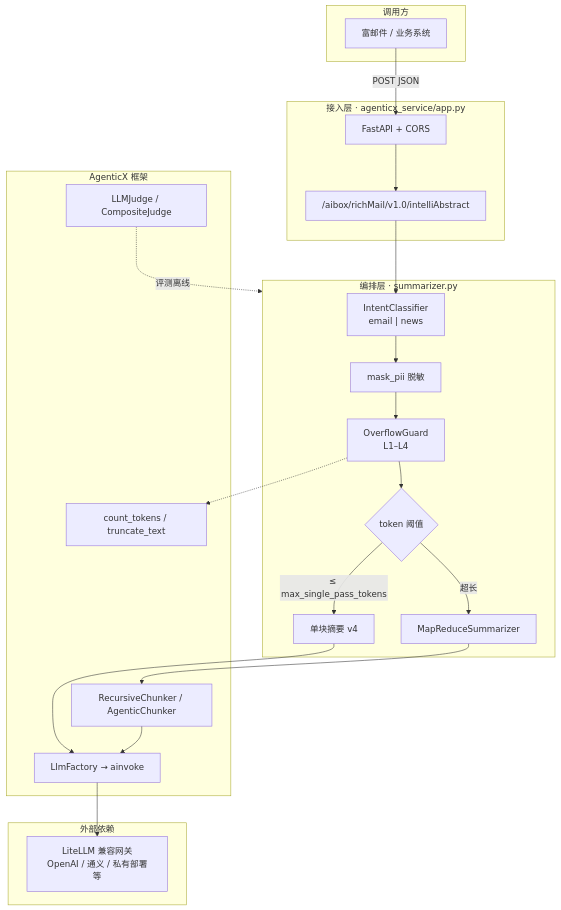
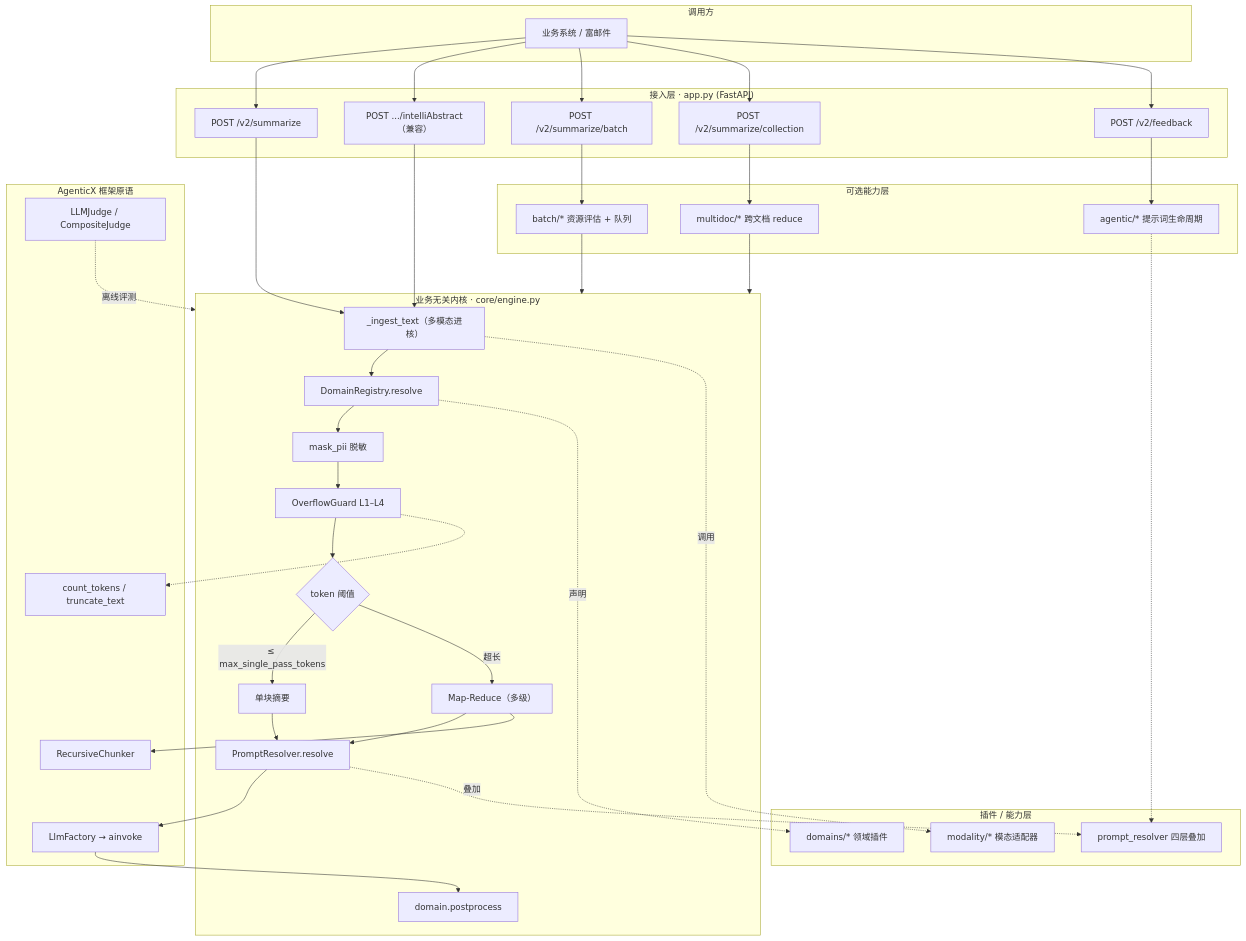
Before and after one commit to DemonDamon/AgenticX-LongTextSummarizer: the first of 7 diagrams in README.md, drawn with Mermaid. The commit also changed other lines of this file and 6 other files, not shown here.

````diff
--- a/README.md
+++ b/README.md
@@ -49,41 +49,64 @@
 ```mermaid
 flowchart TB
     subgraph Client["调用方"]
-        APP["富邮件 / 业务系统"]
+        APP["业务系统 / 富邮件"]
     end
 
-    subgraph API["接入层 · agenticx_service/app.py"]
-        HTTP["FastAPI + CORS"]
-        ROUTE["/aibox/richMail/v1.0/intelliAbstract"]
+    subgraph API["接入层 · app.py (FastAPI)"]
+        V2["POST /v2/summarize"]
+        V1["POST .../intelliAbstract（兼容）"]
+        BATCH["POST /v2/summarize/batch"]
+        COLL["POST /v2/summarize/collection"]
+        FB["POST /v2/feedback"]
     end
 
-    subgraph Orchestration["编排层 · summarizer.py"]
-        INTENT["IntentClassifier<br/>email | news"]
-        PII["mask_pii 脱敏"]
-        OVERFLOW["OverflowGuard<br/>L1–L4"]
-        ROUTER{"token 阈值"}
-        SINGLE["单块摘要 v4"]
-        MR["MapReduceSummarizer"]
+    subgraph Kernel["业务无关内核 · core/engine.py"]
+        ING["_ingest_text（多模态进核）"]
+        DOM["DomainRegistry.resolve"]
+        MASK["mask_pii 脱敏"]
+        GUARD["OverflowGuard L1–L4"]
+        ROUTE{"token 阈值"}
+        SINGLE["单块摘要"]
+        MR["Map-Reduce（多级）"]
+        RESOLVE["PromptResolver.resolve"]
+        POST["domain.postprocess"]
     end
 
-    subgraph AgenticX["AgenticX 框架"]
+    subgraph Plugins["插件 / 能力层"]
+        DP["domains/* 领域插件"]
+        MOD["modality/* 模态适配器"]
+        PR["prompt_resolver 四层叠加"]
+    end
+
+    subgraph CapLayers["可选能力层"]
+        BQ["batch/* 资源评估 + 队列"]
+        MD["multidoc/* 跨文档 reduce"]
+        AG["agentic/* 提示词生命周期"]
+    end
+
+    subgraph AgenticX["AgenticX 框架原语"]
         LLM["LlmFactory → ainvoke"]
-        CHUNK["RecursiveChunker / AgenticChunker"]
+        CHUNK["RecursiveChunker"]
         TOKEN["count_tokens / truncate_text"]
         JUDGE["LLMJudge / CompositeJudge"]
     end
 
-    subgraph External["外部依赖"]
-        PROVIDER["LiteLLM 兼容网关<br/>OpenAI / 通义 / 私有部署等"]
-    end
-
-    APP -->|POST JSON| HTTP --> ROUTE --> INTENT
-    INTENT --> PII --> OVERFLOW --> ROUTER
-    ROUTER -->|≤ max_single_pass_tokens| SINGLE
-    ROUTER -->|超长| MR
-    SINGLE --> LLM
-    MR --> CHUNK --> LLM
-    OVERFLOW -.-> TOKEN
-    LLM --> PROVIDER
-    JUDGE -.->|评测离线| Orchestration
+    APP --> V2 --> ING
+    APP --> V1 --> ING
+    APP --> BATCH --> BQ
+    APP --> COLL --> MD
+    APP --> FB --> AG
+    ING --> DOM --> MASK --> GUARD --> ROUTE
+    ROUTE -->|≤ max_single_pass_tokens| SINGLE --> RESOLVE
+    ROUTE -->|超长| MR --> RESOLVE
+    RESOLVE --> LLM --> POST
+    DOM -.声明.-> DP
+    ING -.调用.-> MOD
+    RESOLVE -.叠加.-> PR
+    MR --> CHUNK
+    GUARD -.-> TOKEN
+    BQ --> Kernel
+    MD --> Kernel
+    AG -.-> PR
+    JUDGE -.离线评测.-> Kernel
 ```
````
